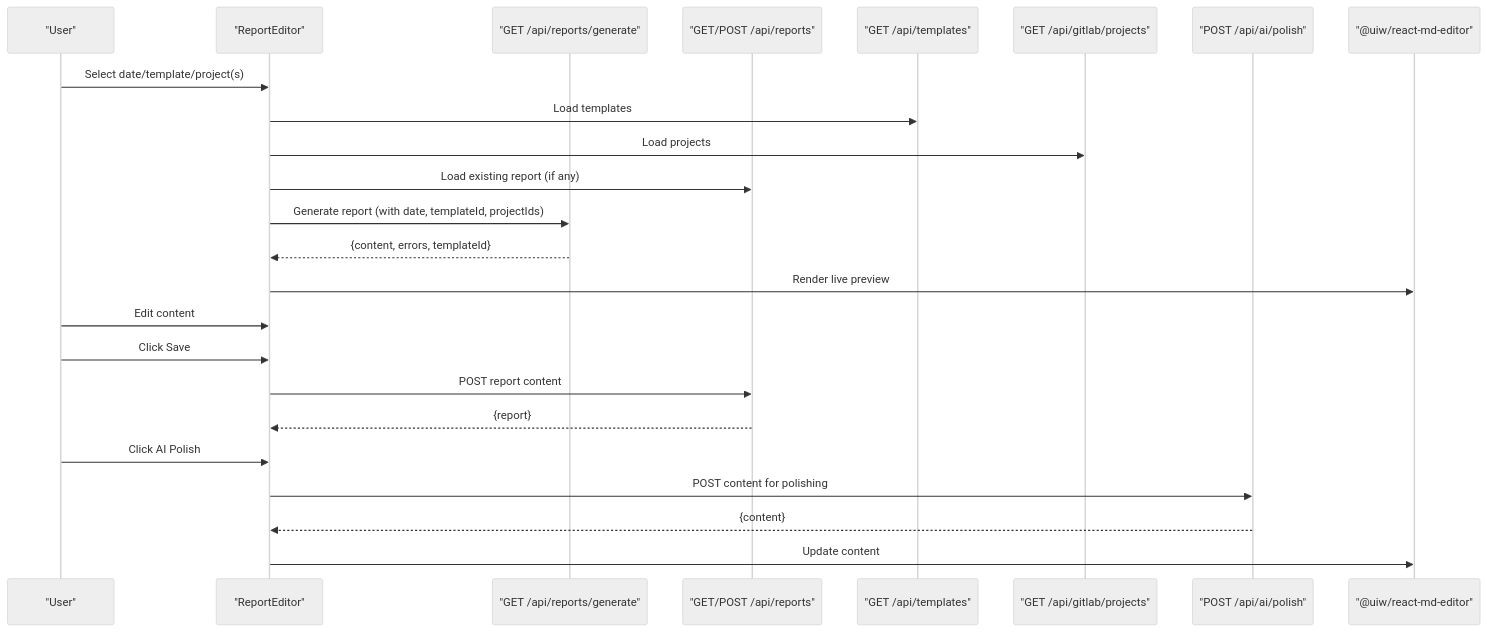
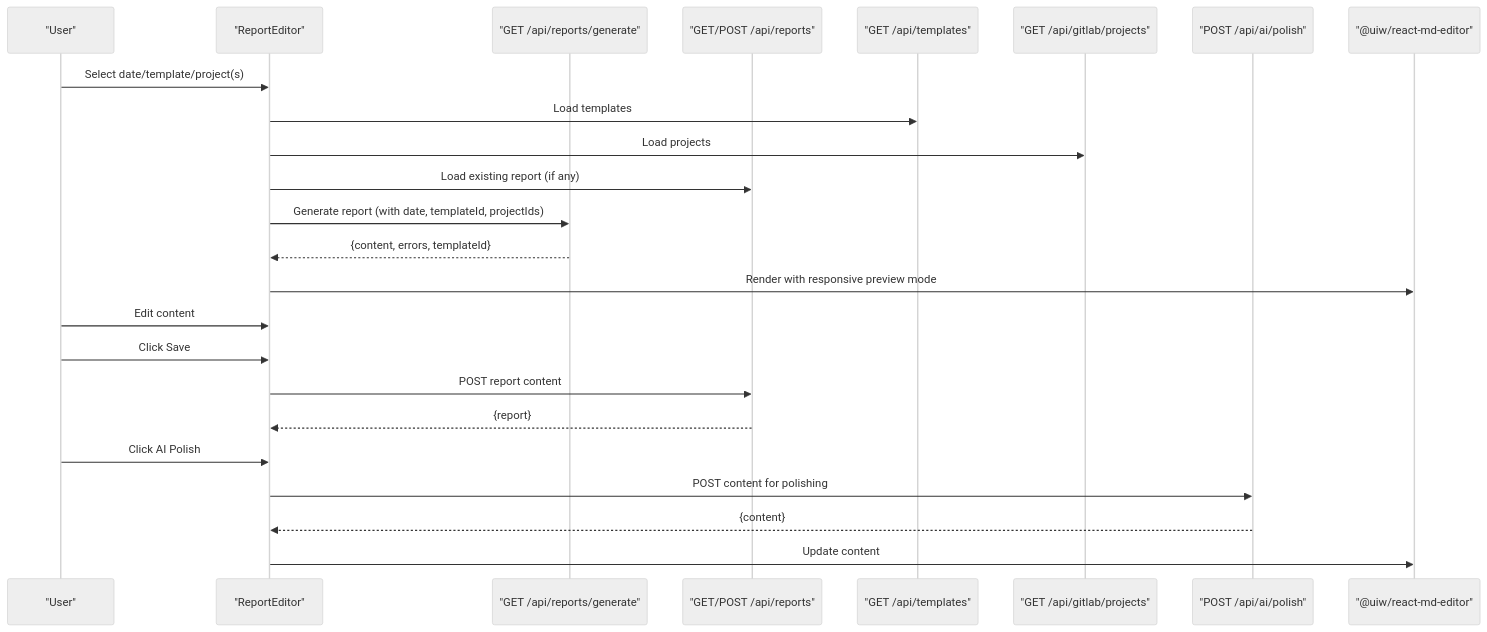
One commit to jrj444/git-daily changed the second of 6 diagrams in .qoder/repowiki/en/content/Frontend Components/Report Editor Component.md. Above: the diagram before and after it, drawn with Mermaid (neutral theme). The commit also changed other lines of this file and 6 other files, not shown here.

````diff
--- a/.qoder/repowiki/en/content/Frontend Components/Report Editor Component.md
+++ b/.qoder/repowiki/en/content/Frontend Components/Report Editor Component.md
@@ -97,26 +108,26 @@
 ```mermaid
 sequenceDiagram
 participant User as "User"
 participant Editor as "ReportEditor"
 participant API_Gen as "GET /api/reports/generate"
 participant API_Rep as "GET/POST /api/reports"
 participant API_Tpl as "GET /api/templates"
 participant API_Proj as "GET /api/gitlab/projects"
 participant API_AI as "POST /api/ai/polish"
 participant MD as "@uiw/react-md-editor"
 User->>Editor : Select date/template/project(s)
 Editor->>API_Tpl : Load templates
 Editor->>API_Proj : Load projects
 Editor->>API_Rep : Load existing report (if any)
 Editor->>API_Gen : Generate report (with date, templateId, projectIds)
 API_Gen-->>Editor : {content, errors, templateId}
-Editor->>MD : Render live preview
+Editor->>MD : Render with responsive preview mode
 User->>Editor : Edit content
 User->>Editor : Click Save
 Editor->>API_Rep : POST report content
 API_Rep-->>Editor : {report}
 User->>Editor : Click AI Polish
 Editor->>API_AI : POST content for polishing
 API_AI-->>Editor : {content}
 Editor->>MD : Update content
 ```
````
